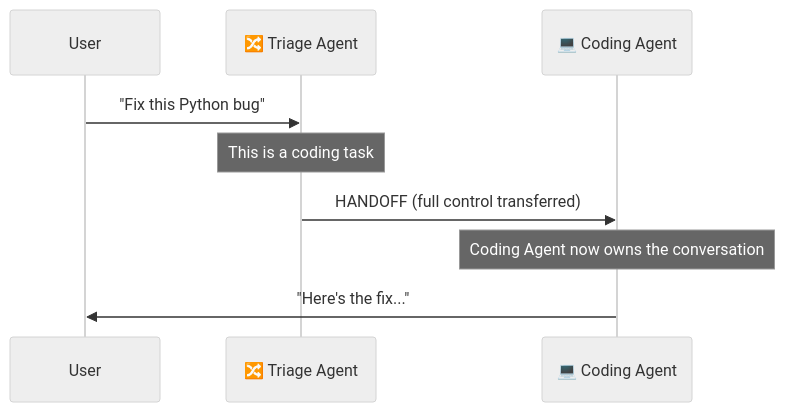
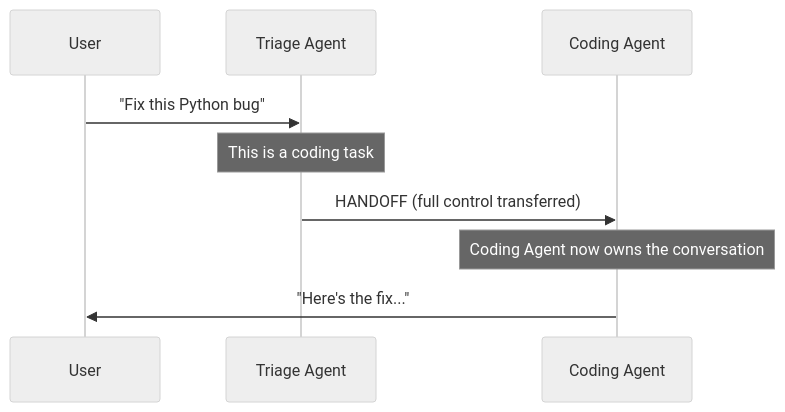
One commit to Sujalkathait/-AI-Agent-Security-Playbook. changed the seventh of 53 diagrams in AI Agent Communication.md. Above: the diagram before and after it, drawn with Mermaid (neutral theme). The commit also changed other lines of this file and 2 other files, not shown here.

````diff
--- a/AI Agent Communication.md
+++ b/AI Agent Communication.md
@@ -229,12 +229,12 @@
 ```mermaid
 sequenceDiagram
-    participant User
-    participant Triage as 🔀 Triage Agent
-    participant Coding as 💻 Coding Agent
+  participant User
+  participant Triage as Triage Agent
+  participant Coding as Coding Agent
 
-    User->>Triage: "Fix this Python bug"
-    Note over Triage: This is a coding task
-    Triage->>Coding: HANDOFF (full control transferred)
-    Note over Coding: Coding Agent now owns the conversation
-    Coding->>User: "Here's the fix..."
+  User->>Triage: "Fix this Python bug"
+  Note over Triage: This is a coding task
+  Triage->>Coding: HANDOFF (full control transferred)
+  Note over Coding: Coding Agent now owns the conversation
+  Coding->>User: "Here's the fix..."
 ```
````
